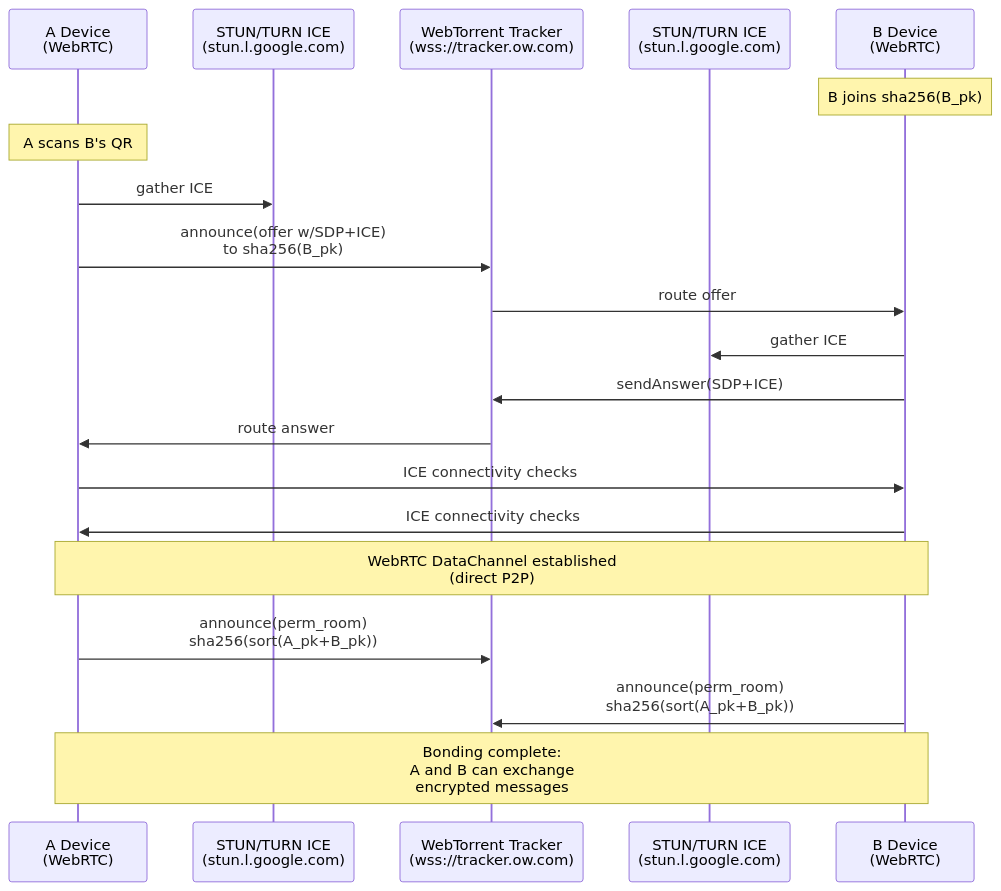
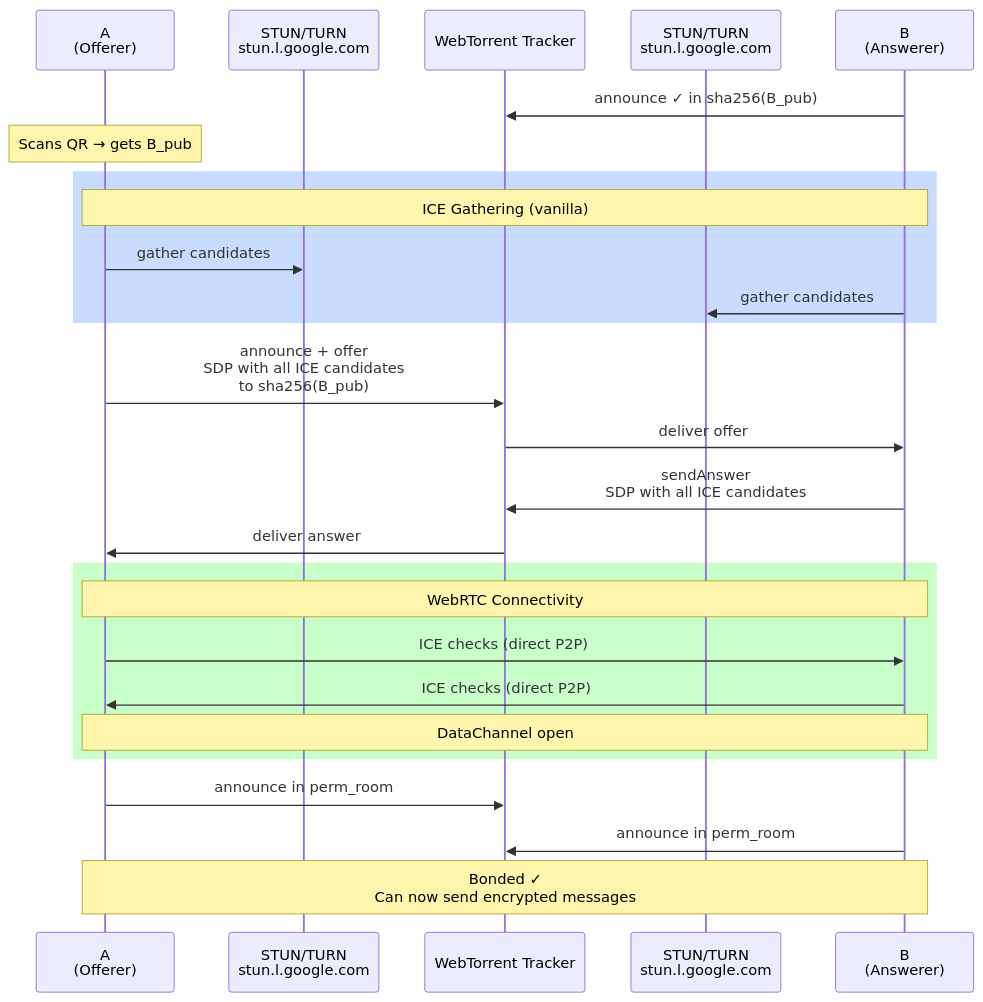
The third of 8 diagrams in README.md (davidevecchi/TruSTI), drawn with Mermaid before and after one commit. The commit also changed other lines of this file, not shown here.

````diff
--- a/README.md
+++ b/README.md
@@ -41,29 +119,35 @@
 ```mermaid
 sequenceDiagram
-    participant A as A Device<br/>(WebRTC)
-    participant STUN_A as STUN/TURN ICE<br/>(stun.l.google.com)
-    participant Tracker as WebTorrent Tracker<br/>(wss://tracker.ow.com)
-    participant STUN_B as STUN/TURN ICE<br/>(stun.l.google.com)
-    participant B as B Device<br/>(WebRTC)
+    participant A as A<br/>(Offerer)
+    participant ICE_A as STUN/TURN<br/>stun.l.google.com
+    participant Tracker as WebTorrent Tracker
+    participant ICE_B as STUN/TURN<br/>stun.l.google.com
+    participant B as B<br/>(Answerer)
 
-    Note over B: B joins sha256(B_pk)
-    Note over A: A scans B's QR
+    B->>Tracker: announce ✓ in sha256(B_pub)
+    Note over A: Scans QR → gets B_pub
 
-    A->>STUN_A: gather ICE
-    A->>Tracker: announce(offer w/SDP+ICE)<br/>to sha256(B_pk)
-    Tracker->>B: route offer
+    rect rgb(200,220,255)
+    Note over A,B: ICE Gathering (vanilla)
+    A->>ICE_A: gather candidates
+    B->>ICE_B: gather candidates
+    end
 
-    B->>STUN_B: gather ICE
-    B->>Tracker: sendAnswer(SDP+ICE)
-    Tracker->>A: route answer
+    A->>Tracker: announce + offer<br/>SDP with all ICE candidates<br/>to sha256(B_pub)
+    Tracker->>B: deliver offer
 
-    A->>B: ICE connectivity checks
-    B->>A: ICE connectivity checks
+    B->>Tracker: sendAnswer<br/>SDP with all ICE candidates
+    Tracker->>A: deliver answer
 
-    Note over A,B: WebRTC DataChannel established<br/>(direct P2P)
+    rect rgb(200,255,200)
+    Note over A,B: WebRTC Connectivity
+    A->>B: ICE checks (direct P2P)
+    B->>A: ICE checks (direct P2P)
+    Note over A,B: DataChannel open
+    end
 
-    A->>Tracker: announce(perm_room)<br/>sha256(sort(A_pk+B_pk))
-    B->>Tracker: announce(perm_room)<br/>sha256(sort(A_pk+B_pk))
+    A->>Tracker: announce in perm_room
+    B->>Tracker: announce in perm_room
 
-    Note over A,B: Bonding complete:<br/>A and B can exchange<br/>encrypted messages
+    Note over A,B: Bonded ✓<br/>Can now send encrypted messages
 ```
````
